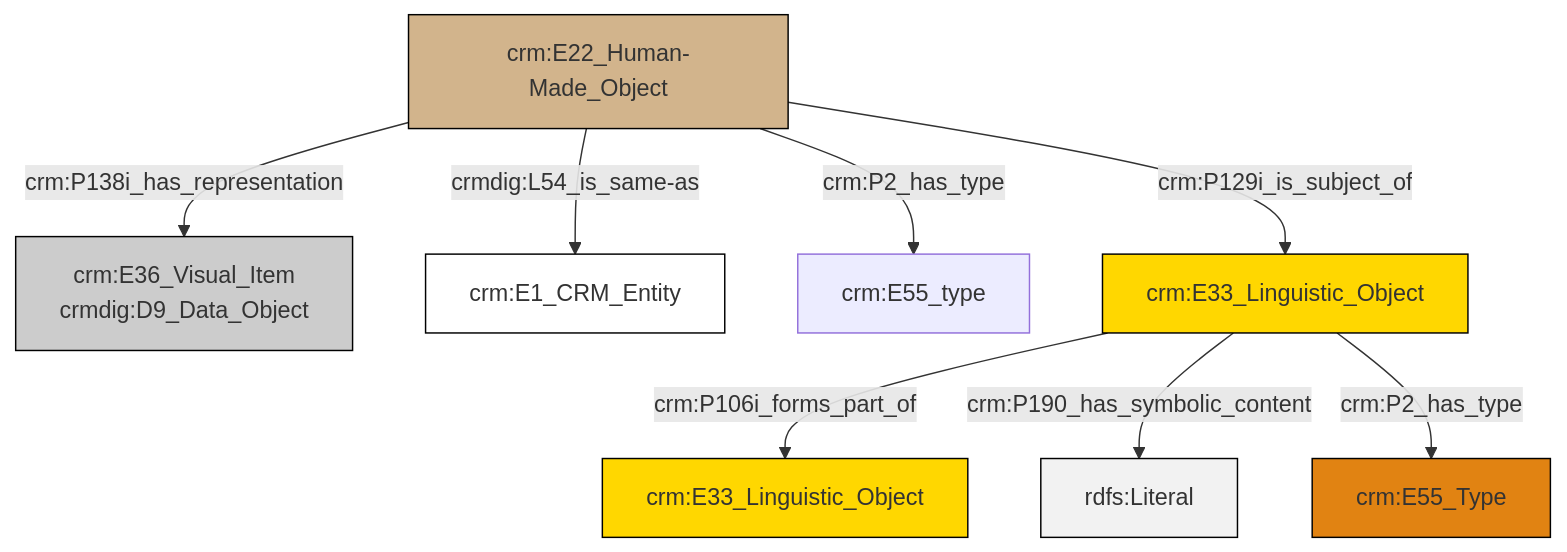
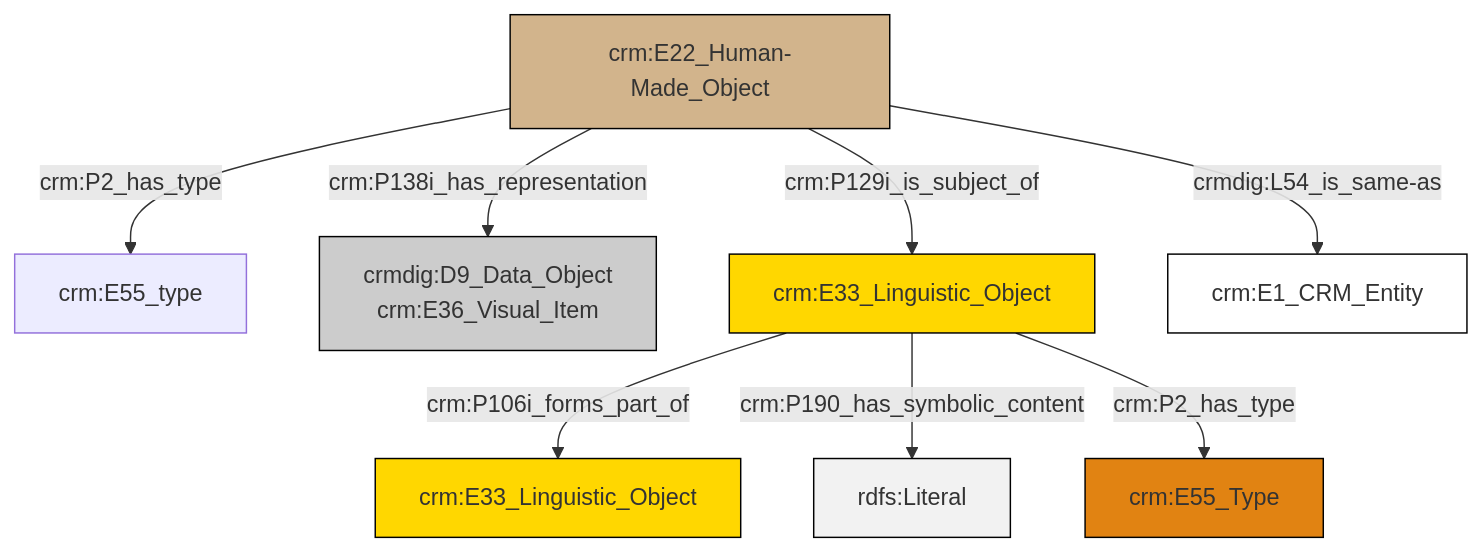
The diagram in et/artworkCSV/ttl/mmd/Artwork_Documentation.ttl.mmd (swiss-art-research-net/reference-data-models), drawn with Mermaid before and after one commit. The commit also changed 129 other files, not shown here.

```diff
--- a/et/artworkCSV/ttl/mmd/Artwork_Documentation.ttl.mmd
+++ b/et/artworkCSV/ttl/mmd/Artwork_Documentation.ttl.mmd
@@ -1,22 +1,22 @@
 graph TD
 classDef Literal fill:#f2f2f2,stroke:#000000;
 classDef CRM_Entity fill:#FFFFFF,stroke:#000000;
 classDef Temporal_Entity fill:#00C9E6, stroke:#000000;
 classDef Type fill:#E18312, stroke:#000000;
 classDef Time-Span fill:#2C9C91, stroke:#000000;
 classDef Appellation fill:#FFEB7F, stroke:#000000;
 classDef Place fill:#008836, stroke:#000000;
 classDef Persistent_Item fill:#B266B2, stroke:#000000;
 classDef Conceptual_Object fill:#FFD700, stroke:#000000;
 classDef Physical_Thing fill:#D2B48C, stroke:#000000;
 classDef Actor fill:#f58aad, stroke:#000000;
 classDef PC_Classes fill:#4ce600, stroke:#000000;
 classDef Multi fill:#cccccc,stroke:#000000;
 
-0["crm:E22_Human-Made_Object"]:::Physical_Thing -->|crm:P138i_has_representation| 1["crm:E36_Visual_Item<br>crmdig:D9_Data_Object"]:::Multi
-0["crm:E22_Human-Made_Object"]:::Physical_Thing -->|crmdig:L54_is_same-as| 2["crm:E1_CRM_Entity"]:::CRM_Entity
-0["crm:E22_Human-Made_Object"]:::Physical_Thing -->|crm:P2_has_type| 3["crm:E55_type"]:::Default
-4["crm:E33_Linguistic_Object"]:::Conceptual_Object -->|crm:P106i_forms_part_of| 6["crm:E33_Linguistic_Object"]:::Conceptual_Object
-4["crm:E33_Linguistic_Object"]:::Conceptual_Object -->|crm:P190_has_symbolic_content| 10[rdfs:Literal]:::Literal
-4["crm:E33_Linguistic_Object"]:::Conceptual_Object -->|crm:P2_has_type| 11["crm:E55_Type"]:::Type
-0["crm:E22_Human-Made_Object"]:::Physical_Thing -->|crm:P129i_is_subject_of| 4["crm:E33_Linguistic_Object"]:::Conceptual_Object
+0["crm:E22_Human-Made_Object"]:::Physical_Thing -->|crm:P2_has_type| 1["crm:E55_type"]:::Default
+6["crm:E33_Linguistic_Object"]:::Conceptual_Object -->|crm:P106i_forms_part_of| 7["crm:E33_Linguistic_Object"]:::Conceptual_Object
+0["crm:E22_Human-Made_Object"]:::Physical_Thing -->|crm:P138i_has_representation| 4["crmdig:D9_Data_Object<br>crm:E36_Visual_Item"]:::Multi
+0["crm:E22_Human-Made_Object"]:::Physical_Thing -->|crmdig:L54_is_same-as| 11["crm:E1_CRM_Entity"]:::CRM_Entity
+6["crm:E33_Linguistic_Object"]:::Conceptual_Object -->|crm:P190_has_symbolic_content| 12[rdfs:Literal]:::Literal
+0["crm:E22_Human-Made_Object"]:::Physical_Thing -->|crm:P129i_is_subject_of| 6["crm:E33_Linguistic_Object"]:::Conceptual_Object
+6["crm:E33_Linguistic_Object"]:::Conceptual_Object -->|crm:P2_has_type| 2["crm:E55_Type"]:::Type
```
